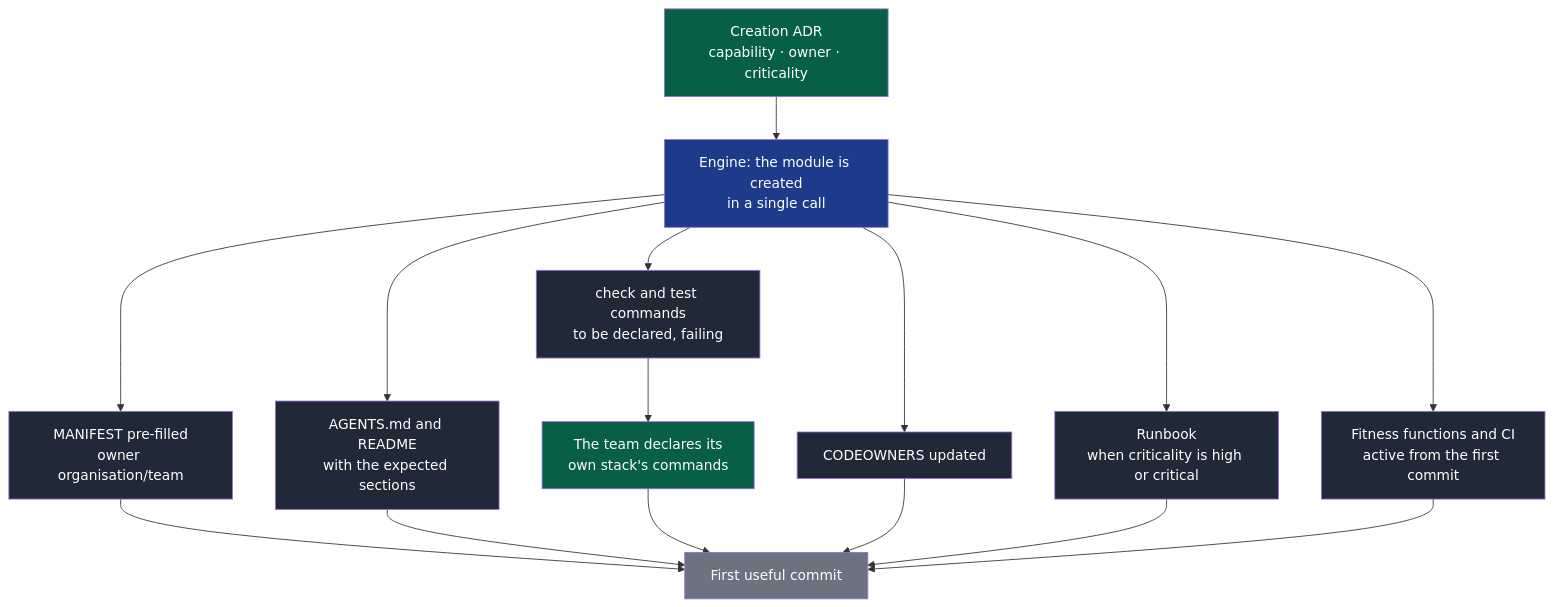
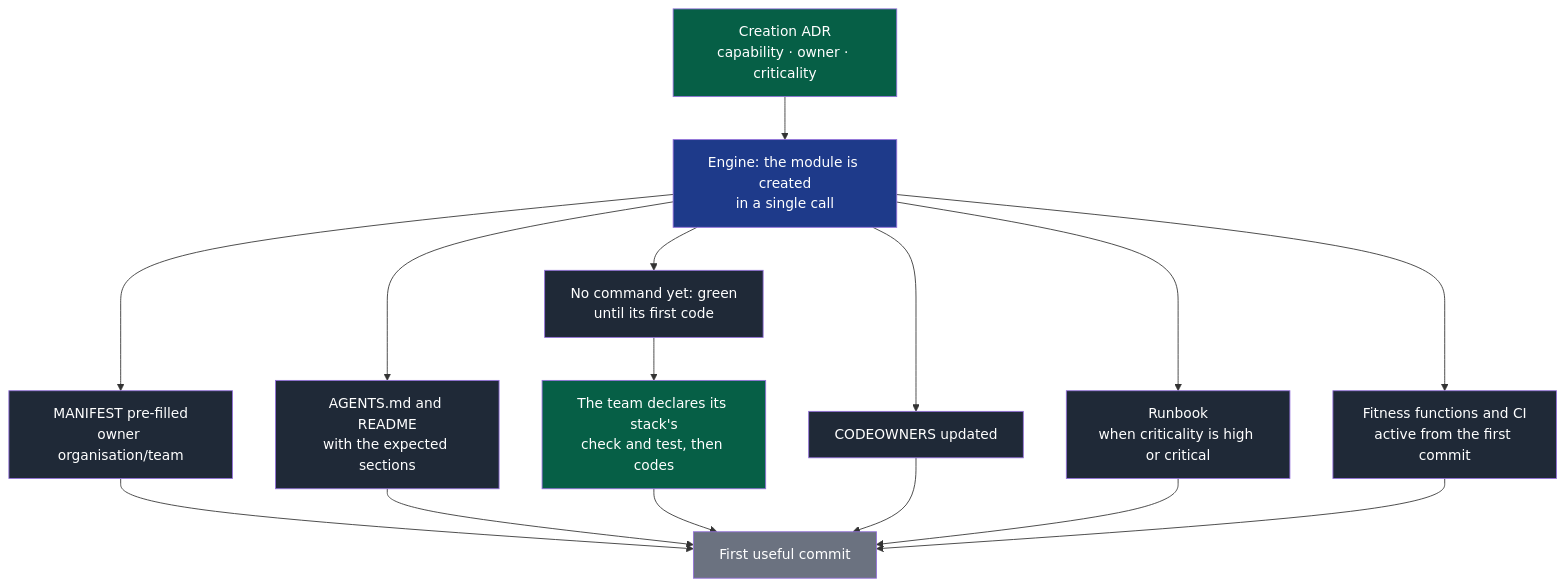
Before and after one commit to NapkinStack/engineering-os: the second of 2 diagrams in skeleton/docs/os/09-platform.md, drawn with Mermaid. The commit also changed other lines of this file and 10 other files, not shown here.

First line of the commit message:
M10a — D33: a new module is green, and says what its pull requests will need (#59)

````diff
--- a/skeleton/docs/os/09-platform.md
+++ b/skeleton/docs/os/09-platform.md
@@ -148,22 +150,22 @@
 ```mermaid
 flowchart TD
     A["Creation ADR<br/>capability · owner · criticality"]:::human --> B["Engine: the module is created<br/>in a single call"]:::engine
     B --> C1["MANIFEST pre-filled<br/>owner organisation/team"]:::generated
     B --> C2["AGENTS.md and README<br/>with the expected sections"]:::generated
-    B --> C3["check and test commands<br/>to be declared, failing"]:::generated
+    B --> C3["No command yet: green<br/>until its first code"]:::generated
     B --> C4["CODEOWNERS updated"]:::generated
     B --> C5["Runbook<br/>when criticality is high or critical"]:::generated
     B --> C6["Fitness functions and CI<br/>active from the first commit"]:::generated
-    C3 --> E["The team declares its<br/>own stack's commands"]:::human
+    C3 --> E["The team declares its stack's<br/>check and test, then codes"]:::human
     C1 --> D["First useful commit"]:::done
     C2 --> D
     E --> D
     C4 --> D
     C5 --> D
     C6 --> D
 
     classDef human fill:#065f46,color:#fff
     classDef engine fill:#1e3a8a,color:#fff
     classDef generated fill:#1f2937,color:#fff
     classDef done fill:#6b7280,color:#fff
 ```
````
